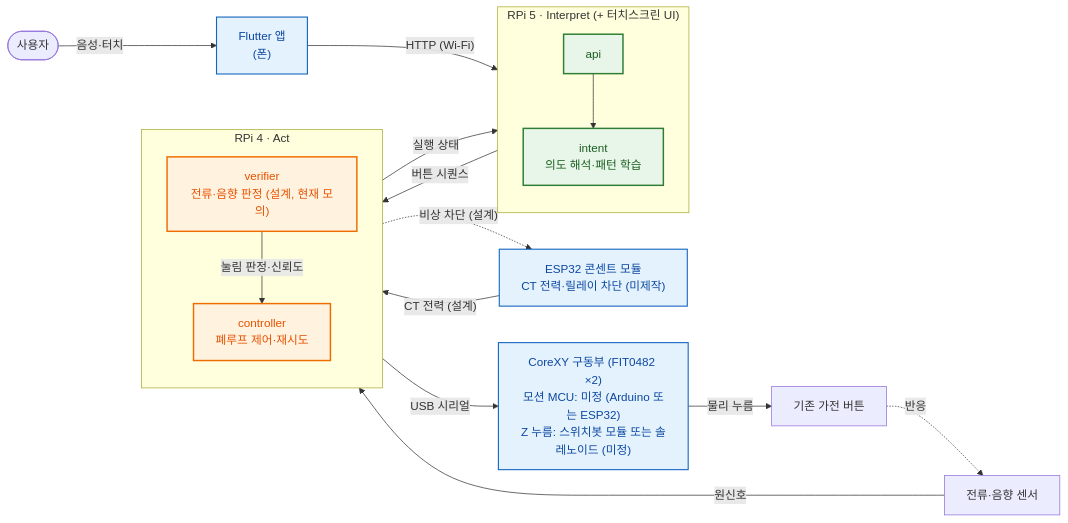
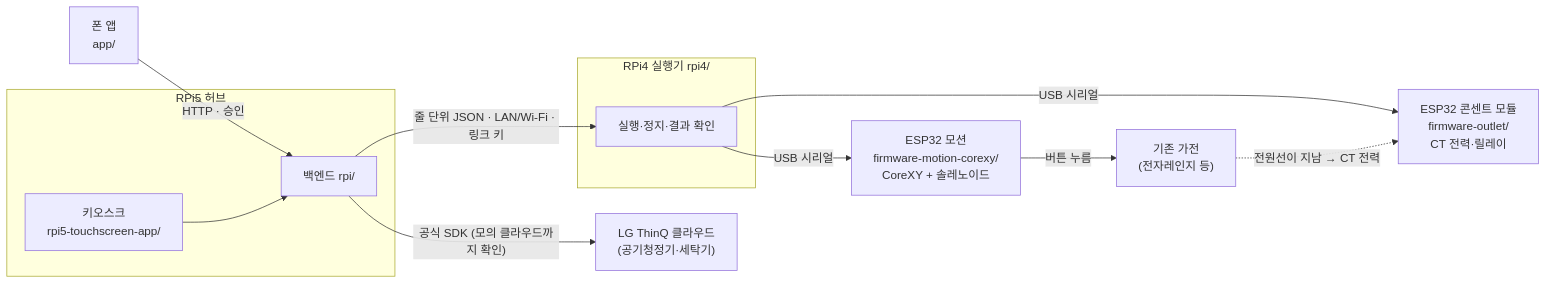
The diagram in README.md (Seongwonp/Simplelay), drawn with Mermaid before and after one commit. The commit also changed other lines of this file and 12 other files, not shown here.

````diff
--- a/README.md
+++ b/README.md
@@ -55,43 +28,24 @@
 ```mermaid
 flowchart LR
-    user(["사용자"])
-    app["Flutter 앱<br/>(폰)"]
-    outlet["ESP32 콘센트 모듈<br/>CT 전력·릴레이 차단 (미제작)"]
+    phone["폰 앱<br/>app/"]
+    subgraph rpi5["RPi5 허브"]
+        hub["백엔드 rpi/"]
+        kiosk["키오스크<br/>rpi5-touchscreen-app/"]
+    end
+    subgraph rpi4b["RPi4 실행기 rpi4/"]
+        act["실행·정지·결과 확인"]
+    end
+    motion["ESP32 모션<br/>firmware-motion-corexy/<br/>CoreXY + 솔레노이드"]
+    outlet["ESP32 콘센트 모듈<br/>firmware-outlet/<br/>CT 전력·릴레이"]
+    appliance["기존 가전<br/>(전자레인지 등)"]
+    thinq["LG ThinQ 클라우드<br/>(공기청정기·세탁기)"]
 
-    subgraph rpi5["RPi 5 · Interpret (+ 터치스크린 UI)"]
-        direction TB
-        api["api"]
-        intent["intent<br/>의도 해석·패턴 학습"]
-        api --> intent
-    end
-
-    subgraph rpi4["RPi 4 · Act"]
-        direction TB
-        controller["controller<br/>폐루프 제어·재시도"]
-        verifier["verifier<br/>전류·음향 판정 (설계, 현재 모의)"]
-        verifier -->|"눌림 판정·신뢰도"| controller
-    end
-
-    hw["CoreXY 구동부 (FIT0482 ×2)<br/>모션 MCU: 미정 (Arduino 또는 ESP32)<br/>Z 누름: 스위치봇 모듈 또는 솔레노이드 (미정)"]
-    sensors["전류·음향 센서"]
-    appliance["기존 가전 버튼"]
-
-    user -->|"음성·터치"| app
-    app -->|"HTTP (Wi-Fi)"| api
-
-    intent -->|"버튼 시퀀스"| controller
-    controller -->|"실행 상태"| intent
-    controller -->|"USB 시리얼"| hw
-    outlet -->|"CT 전력 (설계)"| verifier
-    controller -.->|"비상 차단 (설계)"| outlet
-    hw -->|"물리 누름"| appliance
-    appliance -.->|"반응"| sensors
-    sensors -->|"원신호"| verifier
-
-    classDef rpi5Layer fill:#e8f5e9,stroke:#2e7d32,stroke-width:2px,color:#1b5e20;
-    classDef rpi4Layer fill:#fff3e0,stroke:#ef6c00,stroke-width:2px,color:#e65100;
-    classDef bridgeLayer fill:#e3f2fd,stroke:#1565c0,stroke-width:1.5px,color:#0d47a1;
-    class api,intent rpi5Layer;
-    class controller,verifier rpi4Layer;
-    class app,outlet,hw bridgeLayer;
+    phone -->|"HTTP · 승인"| hub
+    kiosk --> hub
+    hub -->|"줄 단위 JSON · LAN/Wi-Fi · 링크 키"| act
+    act -->|"USB 시리얼"| motion
+    act -->|"USB 시리얼"| outlet
+    motion -->|"버튼 누름"| appliance
+    appliance -.->|"전원선이 지남 → CT 전력"| outlet
+    hub -->|"공식 SDK (모의 클라우드까지 확인)"| thinq
 ```
````
